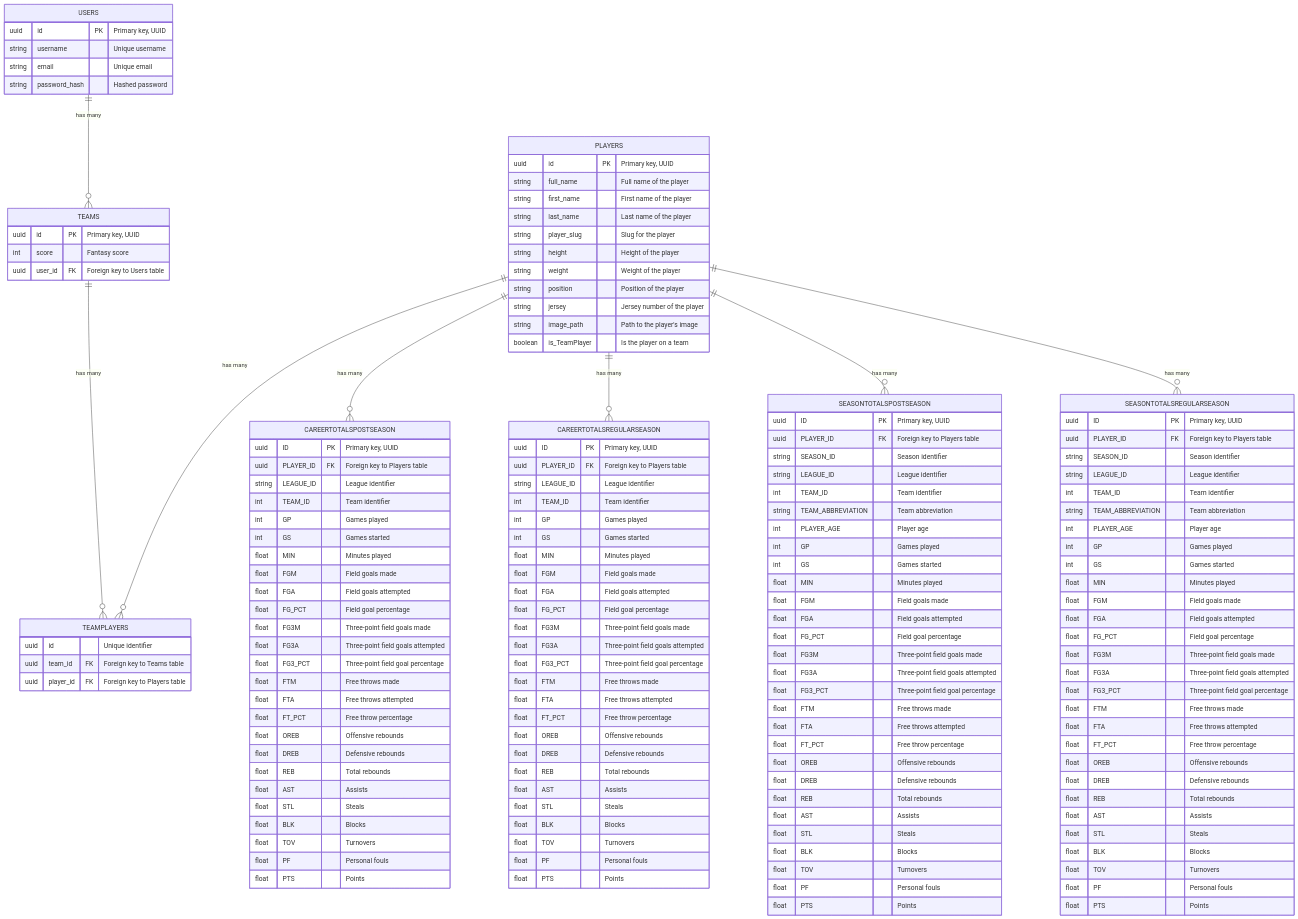
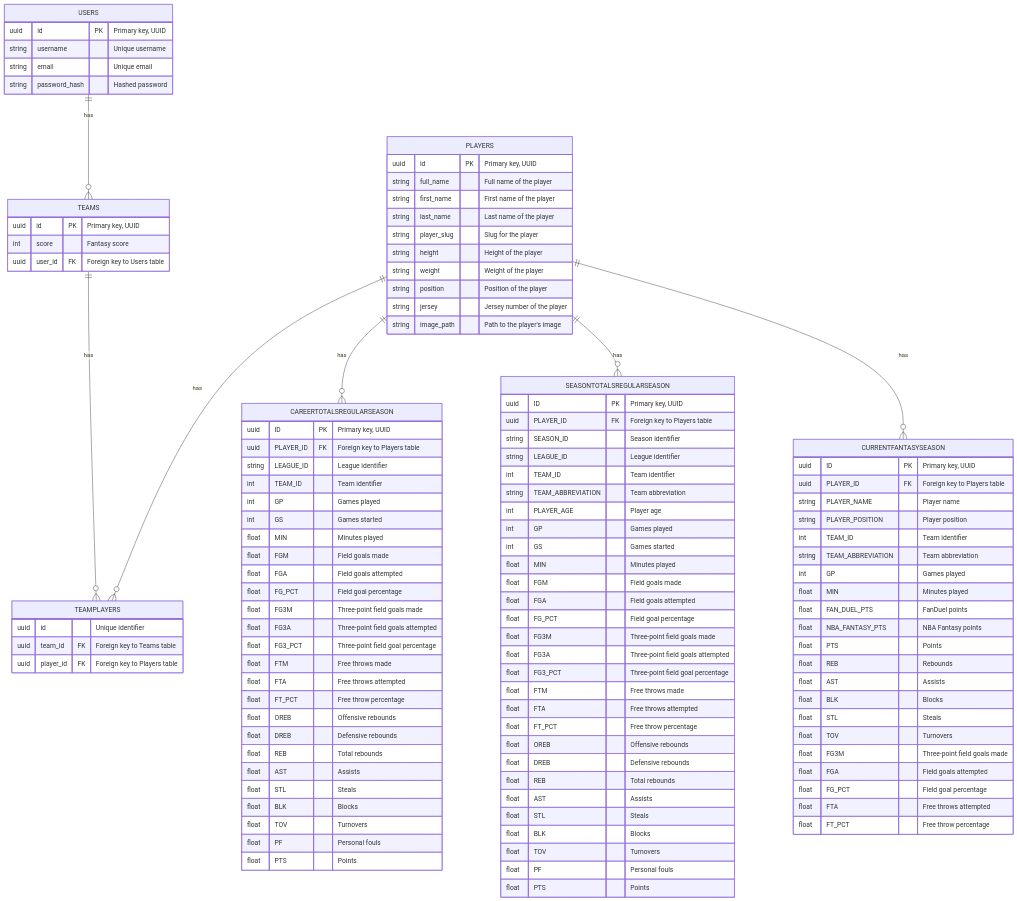
The diagram in server/migrations/ERD.md (reymaa19/nba-fantasy-zone), drawn with Mermaid before and after one commit. The commit also changed 33 other files, not shown here.

````diff
--- a/server/migrations/ERD.md
+++ b/server/migrations/ERD.md
@@ -30,35 +30,6 @@
         string position "Position of the player"
         string jersey "Jersey number of the player"
         string image_path "Path to the player's image"
-        boolean is_TeamPlayer "Is the player on a team"
-    }
-
-    CAREERTOTALSPOSTSEASON {
-        uuid ID PK "Primary key, UUID"
-        uuid PLAYER_ID FK "Foreign key to Players table"
-        string LEAGUE_ID "League identifier"
-        int TEAM_ID "Team identifier"
-        int GP "Games played"
-        int GS "Games started"
-        float MIN "Minutes played"
-        float FGM "Field goals made"
-        float FGA "Field goals attempted"
-        float FG_PCT "Field goal percentage"
-        float FG3M "Three-point field goals made"
-        float FG3A "Three-point field goals attempted"
-        float FG3_PCT "Three-point field goal percentage"
-        float FTM "Free throws made"
-        float FTA "Free throws attempted"
-        float FT_PCT "Free throw percentage"
-        float OREB "Offensive rebounds"
-        float DREB "Defensive rebounds"
-        float REB "Total rebounds"
-        float AST "Assists"
-        float STL "Steals"
-        float BLK "Blocks"
-        float TOV "Turnovers"
-        float PF "Personal fouls"
-        float PTS "Points"
     }
 
     CAREERTOTALSREGULARSEASON {
@@ -66,37 +37,6 @@
         uuid PLAYER_ID FK "Foreign key to Players table"
         string LEAGUE_ID "League identifier"
         int TEAM_ID "Team identifier"
-        int GP "Games played"
-        int GS "Games started"
-        float MIN "Minutes played"
-        float FGM "Field goals made"
-        float FGA "Field goals attempted"
-        float FG_PCT "Field goal percentage"
-        float FG3M "Three-point field goals made"
-        float FG3A "Three-point field goals attempted"
-        float FG3_PCT "Three-point field goal percentage"
-        float FTM "Free throws made"
-        float FTA "Free throws attempted"
-        float FT_PCT "Free throw percentage"
-        float OREB "Offensive rebounds"
-        float DREB "Defensive rebounds"
-        float REB "Total rebounds"
-        float AST "Assists"
-        float STL "Steals"
-        float BLK "Blocks"
-        float TOV "Turnovers"
-        float PF "Personal fouls"
-        float PTS "Points"
-    }
-
-    SEASONTOTALSPOSTSEASON {
-        uuid ID PK "Primary key, UUID"
-        uuid PLAYER_ID FK "Foreign key to Players table"
-        string SEASON_ID "Season identifier"
-        string LEAGUE_ID "League identifier"
-        int TEAM_ID "Team identifier"
-        string TEAM_ABBREVIATION "Team abbreviation"
-        int PLAYER_AGE "Player age"
         int GP "Games played"
         int GS "Games started"
         float MIN "Minutes played"
@@ -151,11 +91,34 @@
         float PTS "Points"
     }
 
-    USERS ||--o{ TEAMS : "has many"
-    TEAMS ||--o{ TEAMPLAYERS : "has many"
-    PLAYERS ||--o{ TEAMPLAYERS : "has many"
-    PLAYERS ||--o{ CAREERTOTALSPOSTSEASON : "has many"
-    PLAYERS ||--o{ CAREERTOTALSREGULARSEASON : "has many"
-    PLAYERS ||--o{ SEASONTOTALSPOSTSEASON : "has many"
-    PLAYERS ||--o{ SEASONTOTALSREGULARSEASON : "has many"
+    CURRENTFANTASYSEASON {
+        uuid ID PK "Primary key, UUID"
+        uuid PLAYER_ID FK "Foreign key to Players table"
+        string PLAYER_NAME "Player name"
+        string PLAYER_POSITION "Player position"
+        int TEAM_ID "Team identifier"
+        string TEAM_ABBREVIATION "Team abbreviation"
+        int GP "Games played"
+        float MIN "Minutes played"
+        float FAN_DUEL_PTS "FanDuel points"
+        float NBA_FANTASY_PTS "NBA Fantasy points"
+        float PTS "Points"
+        float REB "Rebounds"
+        float AST "Assists"
+        float BLK "Blocks"
+        float STL "Steals"
+        float TOV "Turnovers"
+        float FG3M "Three-point field goals made"
+        float FGA "Field goals attempted"
+        float FG_PCT "Field goal percentage"
+        float FTA "Free throws attempted"
+        float FT_PCT "Free throw percentage"
+    }
+
+    USERS ||--o{ TEAMS : "has"
+    TEAMS ||--o{ TEAMPLAYERS : "has"
+    PLAYERS ||--o{ TEAMPLAYERS : "has"
+    PLAYERS ||--o{ CAREERTOTALSREGULARSEASON : "has"
+    PLAYERS ||--o{ SEASONTOTALSREGULARSEASON : "has"
+    PLAYERS ||--o{ CURRENTFANTASYSEASON : "has"
 ```
````
